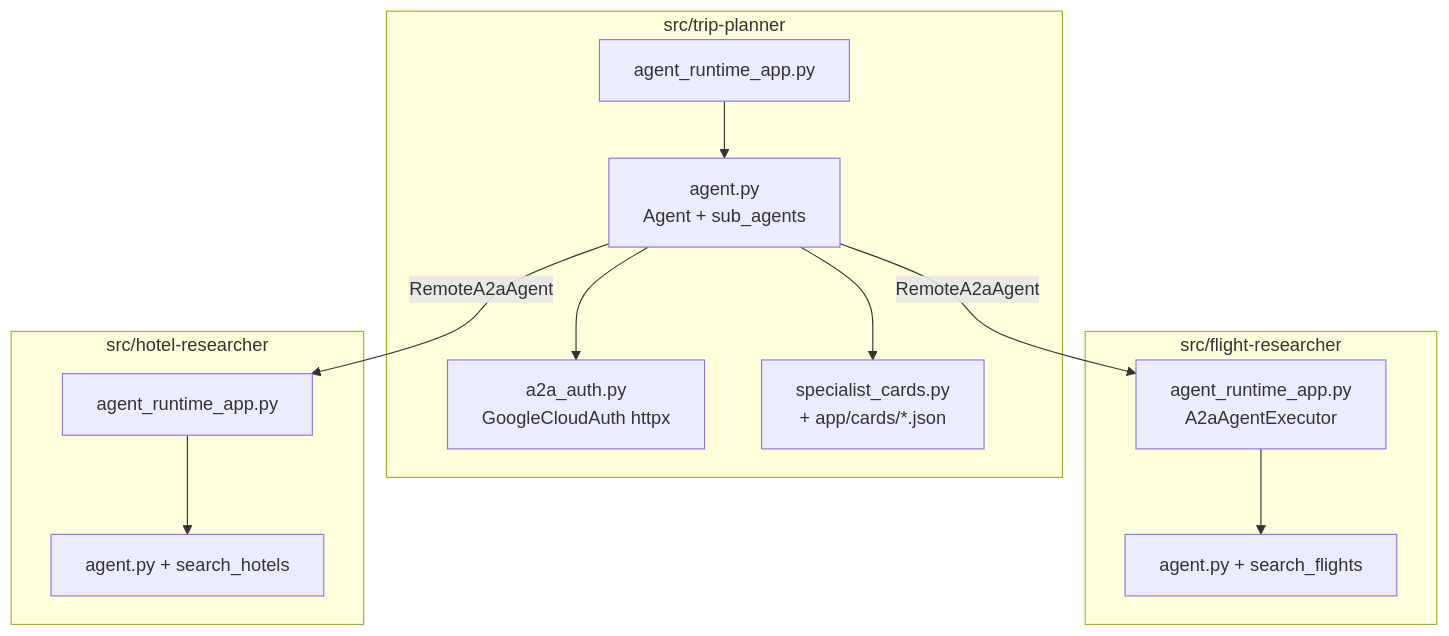
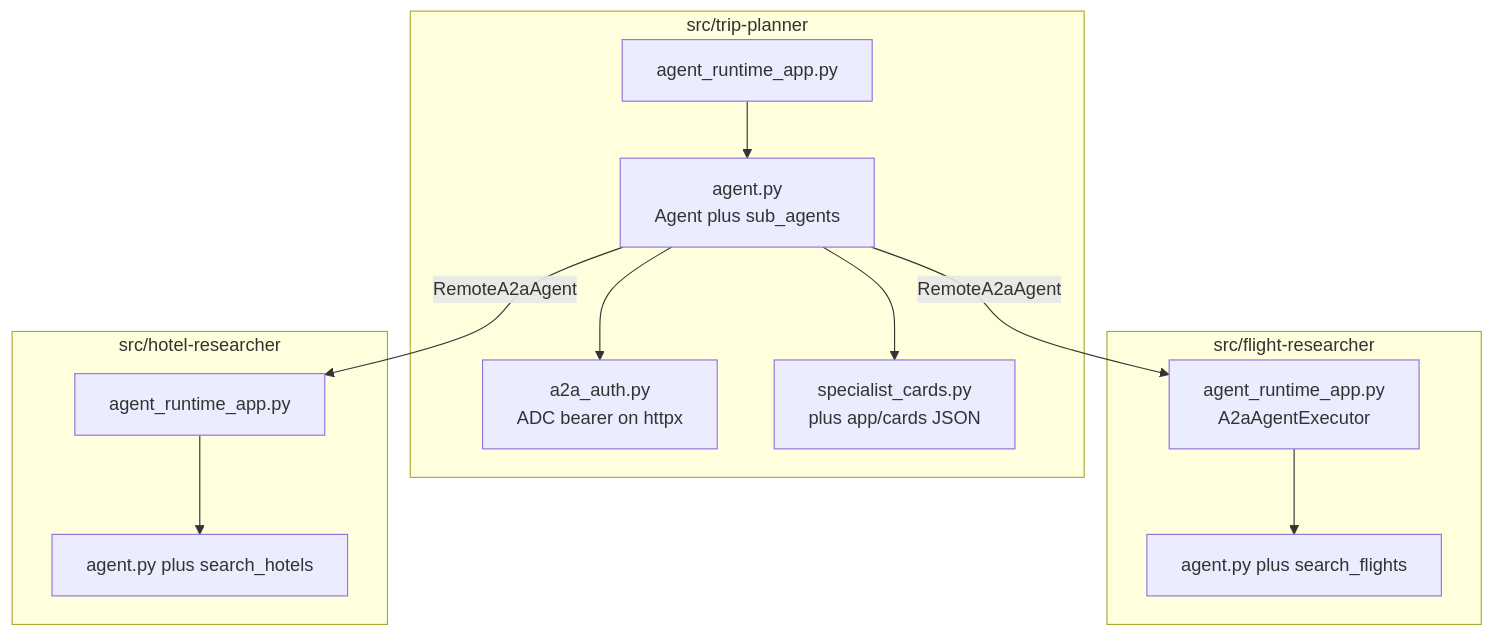
Before and after one commit to yu-iskw/agent-cli-demo: the second of 6 diagrams in docs/guides/01-local-mesh.md, drawn with Mermaid. The commit also changed other lines of this file and 22 other files, not shown here.

````diff
--- a/docs/guides/01-local-mesh.md
+++ b/docs/guides/01-local-mesh.md
@@ -32,27 +66,27 @@
 ```mermaid
 flowchart TB
   subgraph TP["src/trip-planner"]
-    TPAgent["agent.py<br/>Agent + sub_agents"]
-    TPA2A["a2a_auth.py<br/>GoogleCloudAuth httpx"]
-    TPCards["specialist_cards.py<br/>+ app/cards/*.json"]
+    TPAgent["agent.py<br/>Agent plus sub_agents"]
+    TPA2A["a2a_auth.py<br/>ADC bearer on httpx"]
+    TPCards["specialist_cards.py<br/>plus app/cards JSON"]
     TPRuntime["agent_runtime_app.py"]
     TPAgent --> TPA2A
     TPAgent --> TPCards
     TPRuntime --> TPAgent
   end
 
   subgraph FR["src/flight-researcher"]
-    FRAgent["agent.py + search_flights"]
+    FRAgent["agent.py plus search_flights"]
     FRRuntime["agent_runtime_app.py<br/>A2aAgentExecutor"]
     FRRuntime --> FRAgent
   end
 
   subgraph HR["src/hotel-researcher"]
-    HRAgent["agent.py + search_hotels"]
+    HRAgent["agent.py plus search_hotels"]
     HRRuntime["agent_runtime_app.py"]
     HRRuntime --> HRAgent
   end
 
   TPAgent -->|"RemoteA2aAgent"| FRRuntime
   TPAgent -->|"RemoteA2aAgent"| HRRuntime
 ```
````
